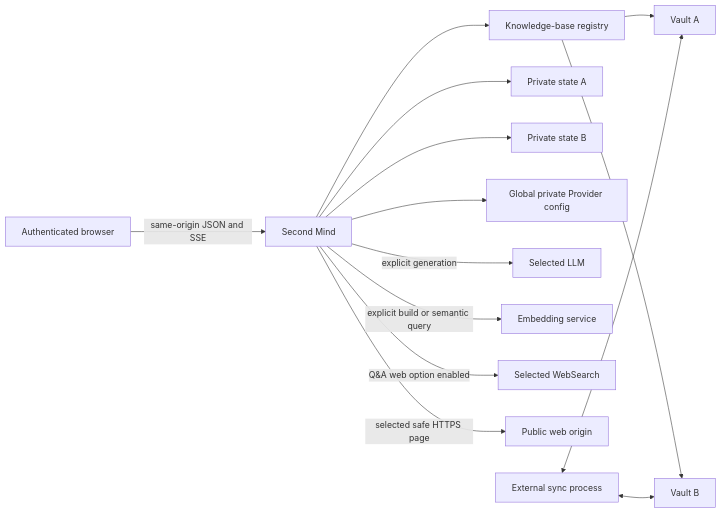
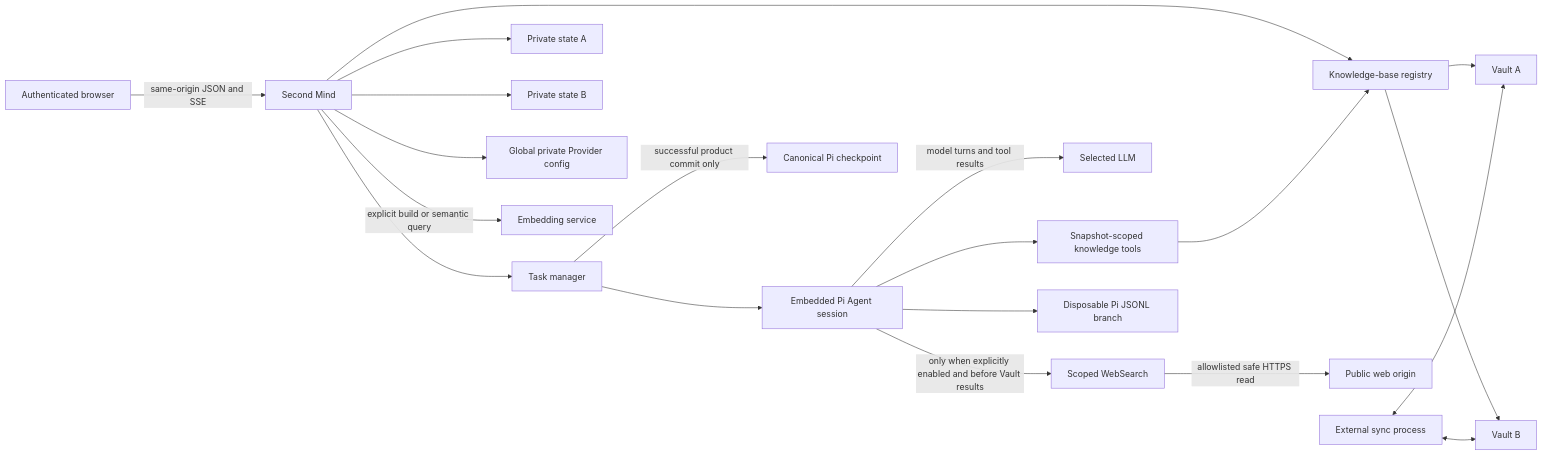
Before and after one commit to kygoyuan2004/Second-Mind: the diagram in docs/data-flow.md, drawn with Mermaid. The commit also changed other lines of this file and 13 other files, not shown here.

````diff
--- a/docs/data-flow.md
+++ b/docs/data-flow.md
@@ -7,16 +7,22 @@
 ```mermaid
 flowchart LR
   U[Authenticated browser] -->|same-origin JSON and SSE| A[Second Mind]
   A --> R[Knowledge-base registry]
   R --> V1[Vault A]
   R --> V2[Vault B]
+  A --> T[Task manager]
+  T --> PI[Embedded Pi Agent session]
+  PI --> K[Snapshot-scoped knowledge tools]
+  K --> R
+  PI -->|model turns and tool results| L[Selected LLM]
+  PI -->|only when explicitly enabled and before Vault results| W[Scoped WebSearch]
+  PI --> C[Disposable Pi JSONL branch]
+  T -->|successful product commit only| C0[Canonical Pi checkpoint]
   A --> S1[Private state A]
   A --> S2[Private state B]
   A --> G[Global private Provider config]
-  A -->|explicit generation| L[Selected LLM]
   A -->|explicit build or semantic query| E[Embedding service]
-  A -->|Q&A web option enabled| W[Selected WebSearch]
-  A -->|selected safe HTTPS page| P[Public web origin]
+  W -->|allowlisted safe HTTPS read| P[Public web origin]
   X[External sync process] <--> V1
   X <--> V2
 ```
````
